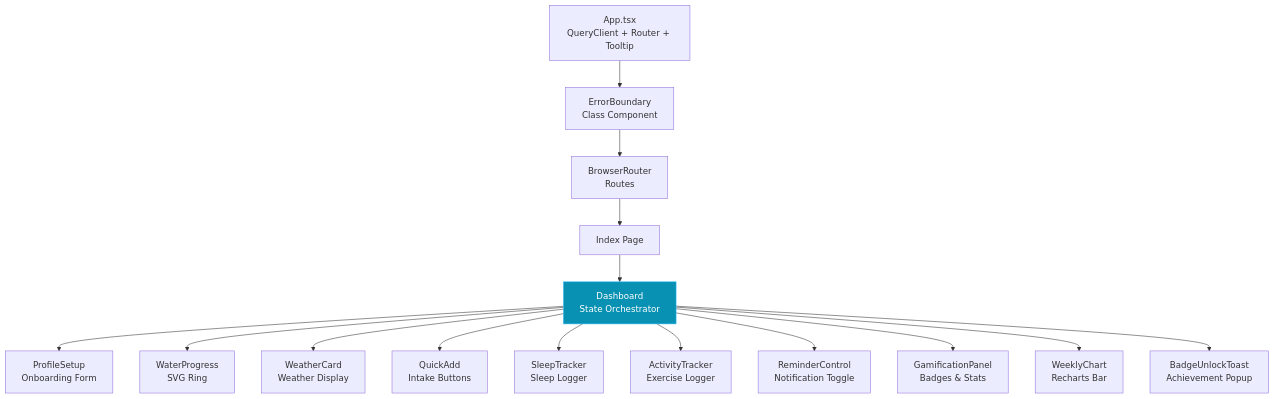
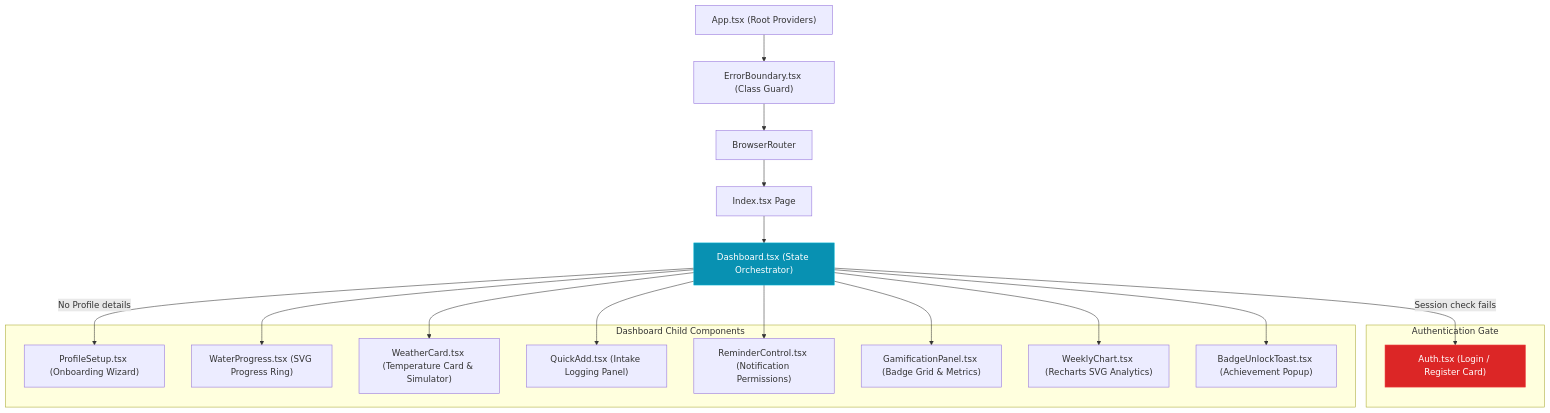
Before and after one commit to ramalokeshreddyp/hydrosmart-ai: the second of 4 diagrams in architecture.md, drawn with Mermaid. The commit also changed other lines of this file and 4 other files, not shown here.

````diff
--- a/architecture.md
+++ b/architecture.md
@@ -105,23 +85,38 @@
 ```mermaid
 graph TD
-    App["App.tsx<br/>QueryClient + Router + Tooltip"]
-    EB["ErrorBoundary<br/>Class Component"]
-    Router["BrowserRouter<br/>Routes"]
-    Index["Index Page"]
-    Dashboard["Dashboard<br/>State Orchestrator"]
+    App["App.tsx (Root Providers)"]
+    EB["ErrorBoundary.tsx (Class Guard)"]
+    Router["BrowserRouter"]
+    Index["Index.tsx Page"]
+    Dashboard["Dashboard.tsx (State Orchestrator)"]
 
     App --> EB --> Router --> Index --> Dashboard
 
-    Dashboard --> PS["ProfileSetup<br/>Onboarding Form"]
-    Dashboard --> WP["WaterProgress<br/>SVG Ring"]
-    Dashboard --> WC["WeatherCard<br/>Weather Display"]
-    Dashboard --> QA["QuickAdd<br/>Intake Buttons"]
-    Dashboard --> ST["SleepTracker<br/>Sleep Logger"]
-    Dashboard --> AT["ActivityTracker<br/>Exercise Logger"]
-    Dashboard --> RC["ReminderControl<br/>Notification Toggle"]
-    Dashboard --> GP["GamificationPanel<br/>Badges & Stats"]
-    Dashboard --> WK["WeeklyChart<br/>Recharts Bar"]
-    Dashboard --> BT["BadgeUnlockToast<br/>Achievement Popup"]
+    subgraph Guards["Authentication Gate"]
+        Auth["Auth.tsx (Login / Register Card)"]
+    end
 
-    style Dashboard fill:#0891b2,stroke:#38bdf8,color:#fff
+    subgraph Views["Dashboard Child Components"]
+        ProfileSetup["ProfileSetup.tsx (Onboarding Wizard)"]
+        WaterProgress["WaterProgress.tsx (SVG Progress Ring)"]
+        WeatherCard["WeatherCard.tsx (Temperature Card & Simulator)"]
+        QuickAdd["QuickAdd.tsx (Intake Logging Panel)"]
+        ReminderControl["ReminderControl.tsx (Notification Permissions)"]
+        GamificationPanel["GamificationPanel.tsx (Badge Grid & Metrics)"]
+        WeeklyChart["WeeklyChart.tsx (Recharts SVG Analytics)"]
+        Toast["BadgeUnlockToast.tsx (Achievement Popup)"]
+    end
+
+    Dashboard -->|Session check fails| Auth
+    Dashboard -->|No Profile details| ProfileSetup
+    Dashboard --> WaterProgress
+    Dashboard --> WeatherCard
+    Dashboard --> QuickAdd
+    Dashboard --> ReminderControl
+    Dashboard --> GamificationPanel
+    Dashboard --> WeeklyChart
+    Dashboard --> Toast
+
+    style Dashboard fill:#0891b2,stroke:#06b6d4,color:#fff
+    style Auth fill:#dc2626,stroke:#ef4444,color:#fff
 ```
````
